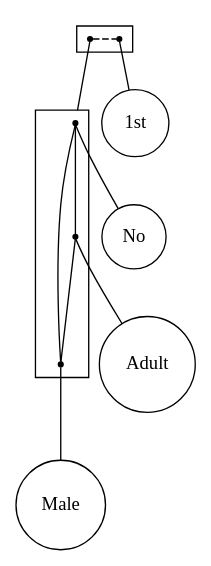
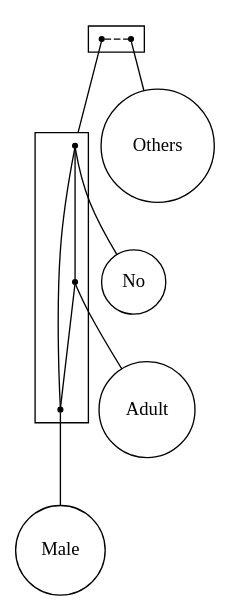
One commit to lrodrin/TFG changed the diagram in src/extension/plain_2-structure_with_threshold.dot. Above: the diagram before and after it, drawn with Graphviz. The commit also changed 3 other files, not shown here.

Commit message:
s'ha modificat el copy list de la classe Graph perquè amb python 2 no li agrada

```diff
--- a/src/extension/plain_2-structure_with_threshold.dot
+++ b/src/extension/plain_2-structure_with_threshold.dot
@@ -1,29 +1,29 @@
 strict digraph "plain_2-structure_with_threshold" {
 compound=true;
 fontname=Verdana;
 fontsize=12;
 newrank=true;
 node [shape=circle];
-"1st";
+Others;
 No;
 Adult;
 Male;
-subgraph cluster_Adult1stMaleNo {
+subgraph cluster_OthersMaleNoAdult {
 rank=same;
 node [shape=point];
-s_AdultNoMale -> s_1st  [arrowhead=none, color=black, style=dashed];
+s_MaleNoAdult -> s_Others  [arrowhead=none, color=black, style=dashed];
 }
 
-subgraph cluster_AdultNoMale {
+subgraph cluster_MaleNoAdult {
 node [shape=point];
 s_No -> s_Adult  [arrowhead=none, color=black, style=solid];
 s_No -> s_Male  [arrowhead=none, color=black, style=solid];
 s_Adult -> s_Male  [arrowhead=none, color=black, style=solid];
 }
 
-s_AdultNoMale -> s_No  [arrowhead=none, lhead=cluster_AdultNoMale];
-s_1st -> "1st"  [arrowhead=none];
+s_MaleNoAdult -> s_No  [arrowhead=none, lhead=cluster_MaleNoAdult];
+s_Others -> Others  [arrowhead=none];
 s_No -> No  [arrowhead=none];
 s_Adult -> Adult  [arrowhead=none];
 s_Male -> Male  [arrowhead=none];
 }
```
